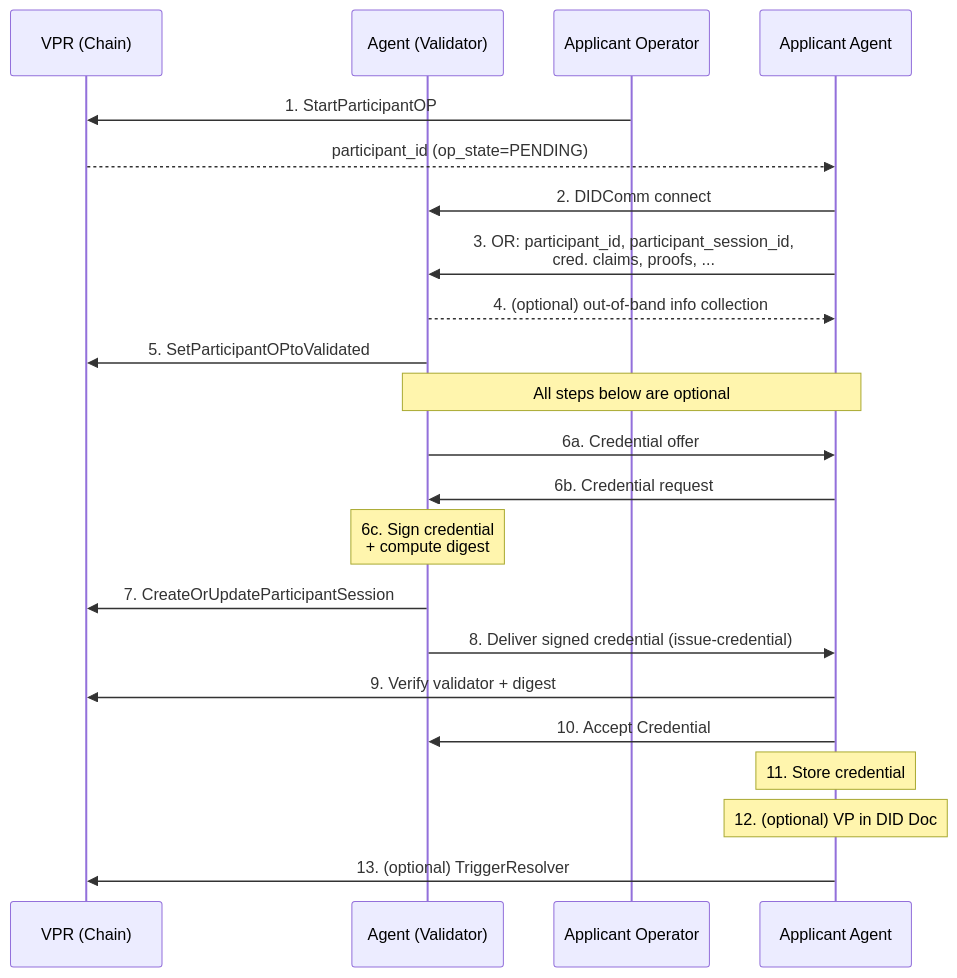
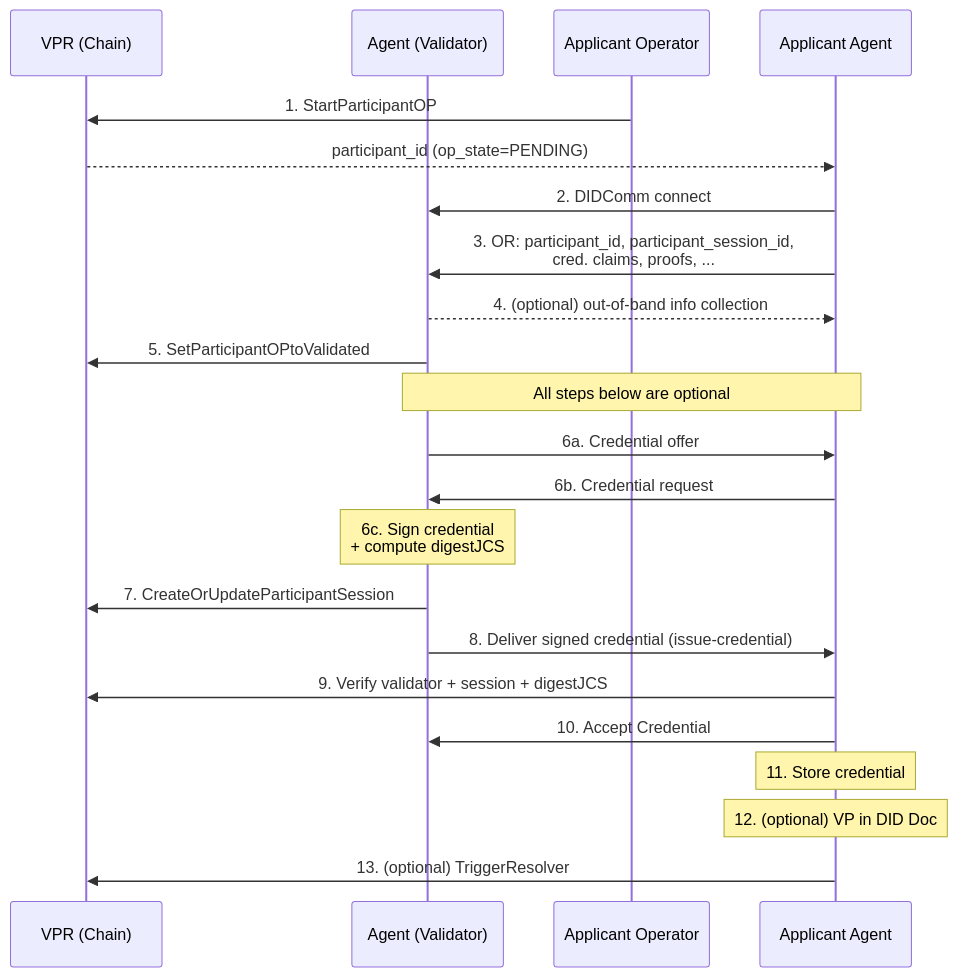
One commit to verana-labs/verana-spec changed the fourth of 9 diagrams in v4/vs-agent/spec.md. Above: the diagram before and after it, drawn with Mermaid. The commit also changed other lines of this file, not shown here.

Commit message:
fix(vs-agent): align credential digest handling with the v4 digestJCS anchoring procedure (#34)

````diff
--- a/v4/vs-agent/spec.md
+++ b/v4/vs-agent/spec.md
@@ -398,26 +398,26 @@
 ```mermaid
 sequenceDiagram
 
     participant VPR as VPR (Chain)
     participant Validator as Agent (Validator)
 
     Applicant Operator->>VPR: 1. StartParticipantOP
     VPR-->>Applicant Agent: participant_id (op_state=PENDING)
     Applicant Agent->>Validator: 2. DIDComm connect
     Applicant Agent->>Validator: 3. OR: participant_id, participant_session_id,<br/>cred. claims, proofs, ...
     Validator-->>Applicant Agent: 4. (optional) out-of-band info collection
     Validator->>VPR: 5. SetParticipantOPtoValidated
 
     Note over Applicant Agent,Validator: All steps below are optional
 
     Validator->>Applicant Agent: 6a. Credential offer
     Applicant Agent->>Validator: 6b. Credential request
-    Note over Validator: 6c. Sign credential<br/>+ compute digest
+    Note over Validator: 6c. Sign credential<br/>+ compute digestJCS
     Validator->>VPR: 7. CreateOrUpdateParticipantSession
     Validator->>Applicant Agent: 8. Deliver signed credential (issue-credential)
-    Applicant Agent->>VPR: 9. Verify validator + digest
+    Applicant Agent->>VPR: 9. Verify validator + session + digestJCS
     Applicant Agent->>Validator: 10. Accept Credential
     Note over Applicant Agent: 11. Store credential
     Note over Applicant Agent: 12. (optional) VP in DID Doc
     Applicant Agent->>VPR: 13. (optional) TriggerResolver
 ```
````
